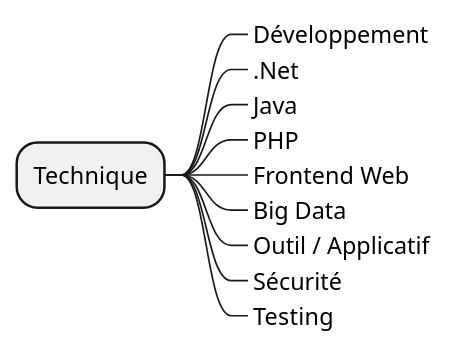
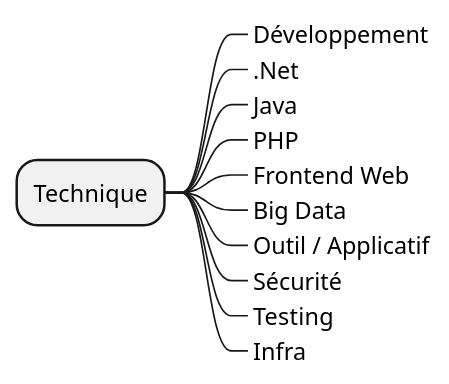
Before and after one commit to diplomegalo/roadmap: the diagram in diagram/domaine/technique.puml, drawn with PlantUML. The commit also changed 1 other file, not shown here.

```diff
--- a/diagram/domaine/technique.puml
+++ b/diagram/domaine/technique.puml
@@ -1,12 +1,13 @@
 @startmindmap
 * Technique
 **_ Développement
 **_ .Net
 **_ Java
 **_ PHP
 **_ Frontend Web
 **_ Big Data
 **_ Outil / Applicatif
 **_ Sécurité
 **_ Testing
+**_ Infra
 @endmindmap
```
